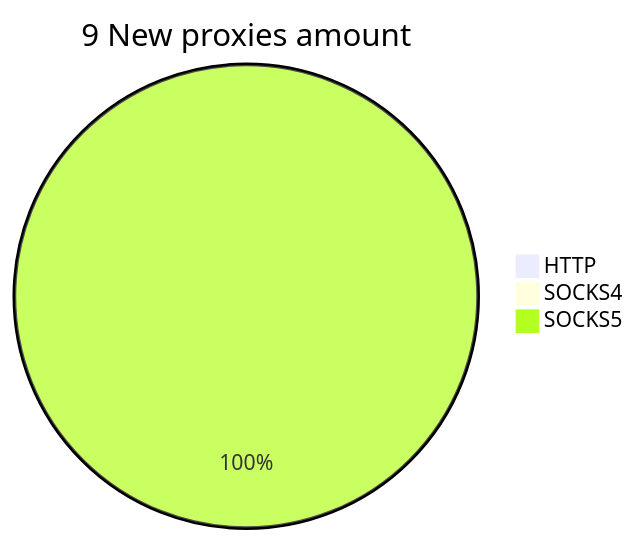
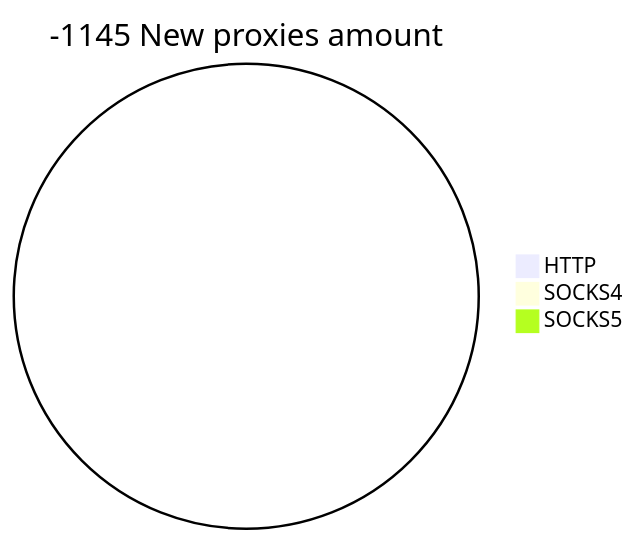
Before and after one commit to cutipu/proxylist: the second of 2 diagrams in README.md, drawn with Mermaid. The commit also changed other lines of this file, not shown here.

````diff
--- a/README.md
+++ b/README.md
@@ -10,6 +10,6 @@
 ```mermaid
-pie title 9 New proxies amount
+pie title -1145 New proxies amount
     "HTTP" : 0
     "SOCKS4" : 0
-    "SOCKS5" : 13
+    "SOCKS5" : 0
 ```
````
